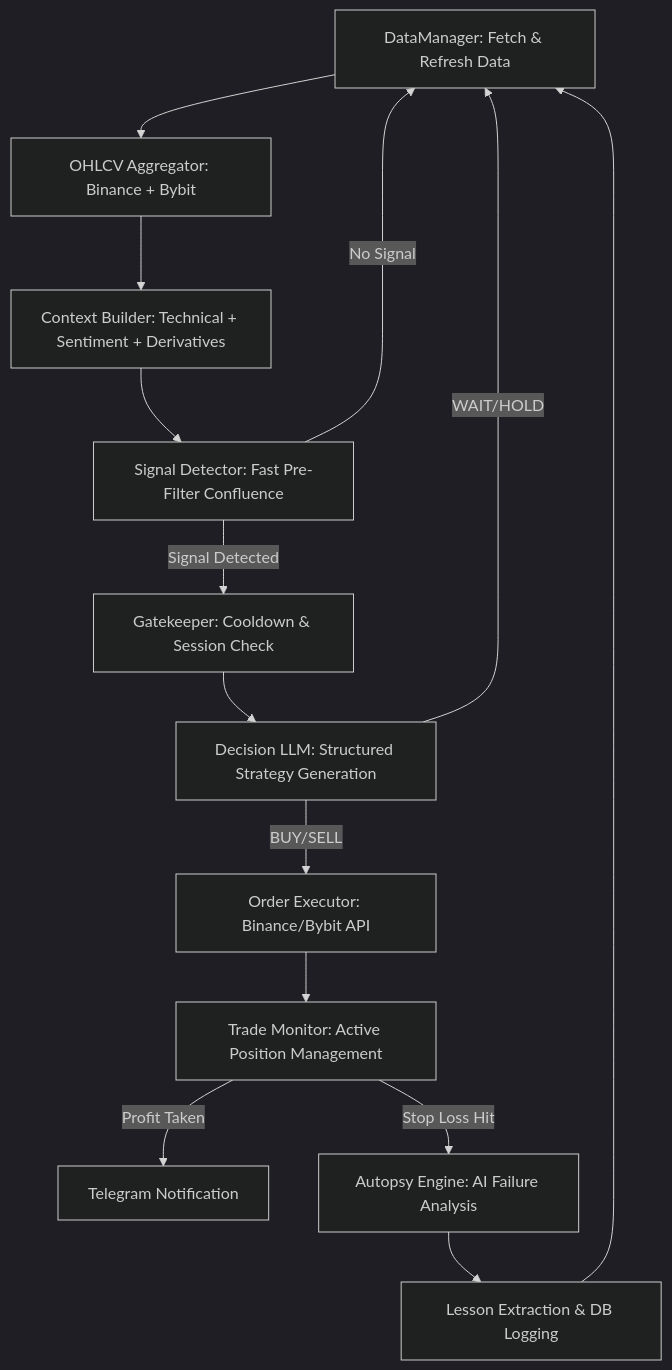
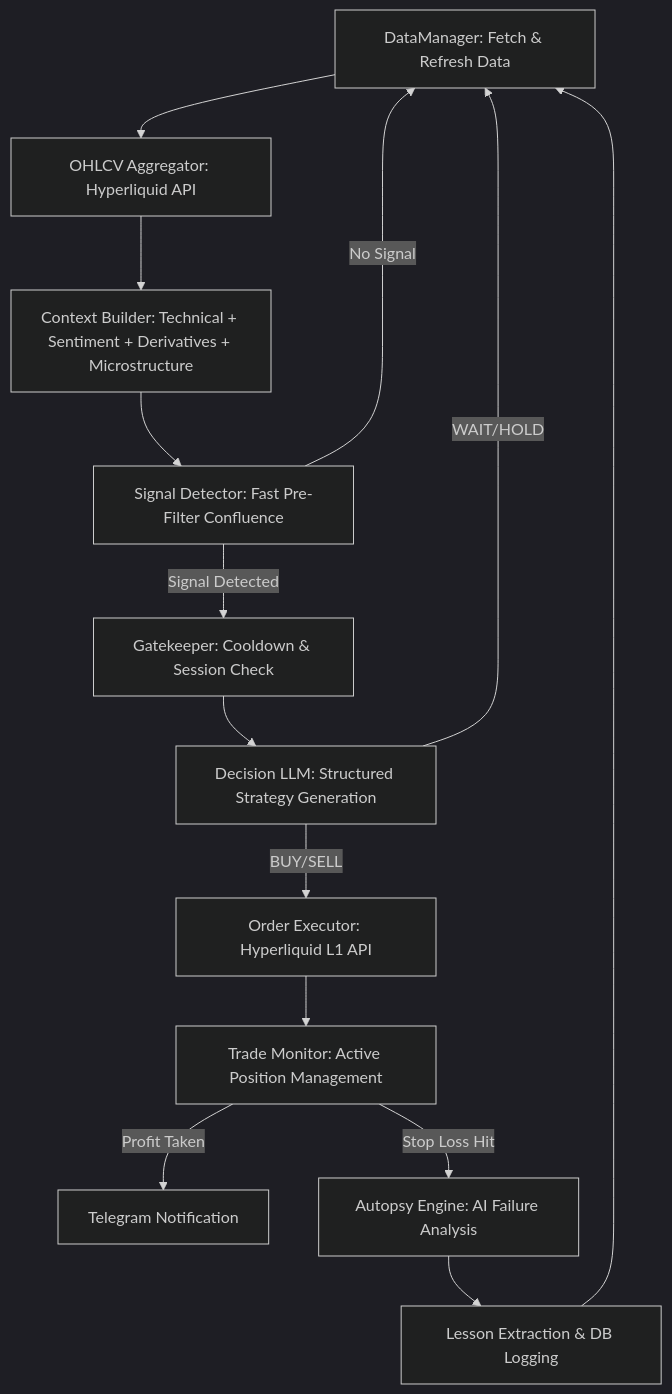
One commit to NasFahmi/dyadix changed the diagram in readme.md. Above: the diagram before and after it, drawn with Mermaid (dark theme). The commit also changed other lines of this file, not shown here.

Commit message:
refactor: migrate project architecture from Binance/Bybit to Hyperliquid L1 and update Python version requirement

````diff
--- a/readme.md
+++ b/readme.md
@@ -34,16 +34,16 @@
 ```mermaid
 graph TD
-    A[DataManager: Fetch & Refresh Data] --> B[OHLCV Aggregator: Binance + Bybit]
-    B --> C[Context Builder: Technical + Sentiment + Derivatives]
+    A[DataManager: Fetch & Refresh Data] --> B[OHLCV Aggregator: Hyperliquid API]
+    B --> C[Context Builder: Technical + Sentiment + Derivatives + Microstructure]
     C --> D[Signal Detector: Fast Pre-Filter Confluence]
     D -- "No Signal" --> A
     D -- "Signal Detected" --> E[Gatekeeper: Cooldown & Session Check]
     E --> F[Decision LLM: Structured Strategy Generation]
     F -- "WAIT/HOLD" --> A
-    F -- "BUY/SELL" --> G[Order Executor: Binance/Bybit API]
+    F -- "BUY/SELL" --> G[Order Executor: Hyperliquid L1 API]
     G --> H[Trade Monitor: Active Position Management]
     H -- "Profit Taken" --> I[Telegram Notification]
     H -- "Stop Loss Hit" --> J[Autopsy Engine: AI Failure Analysis]
     J --> K[Lesson Extraction & DB Logging]
     K --> A
 ```
````
